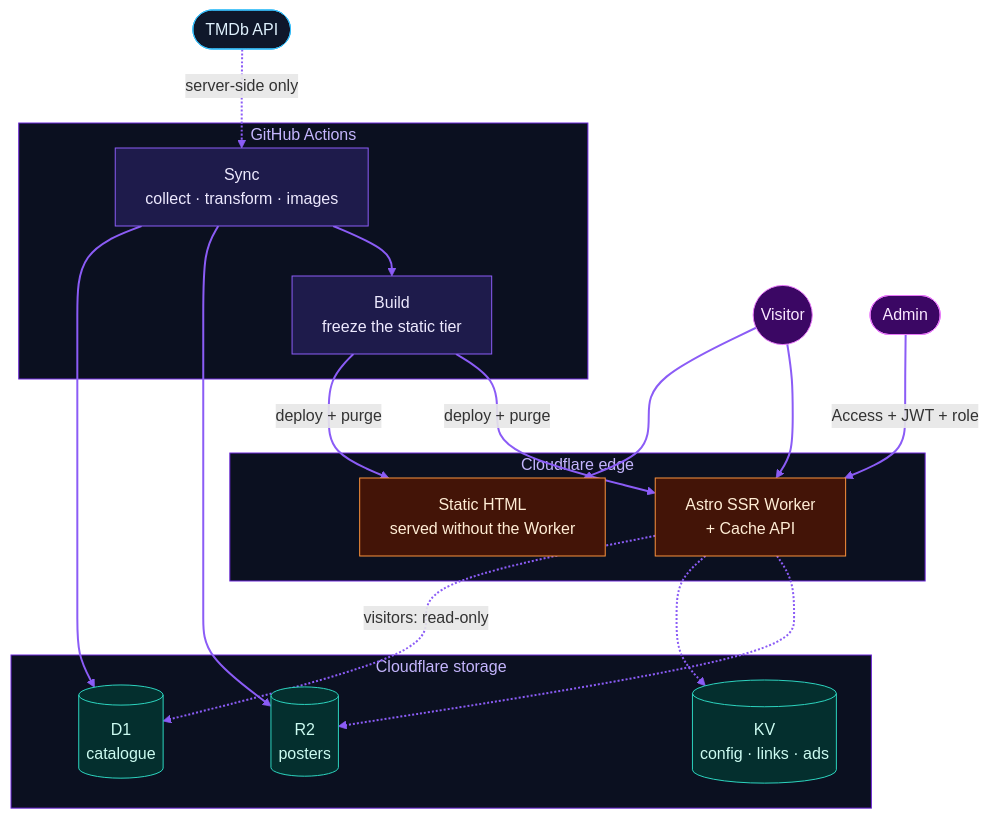
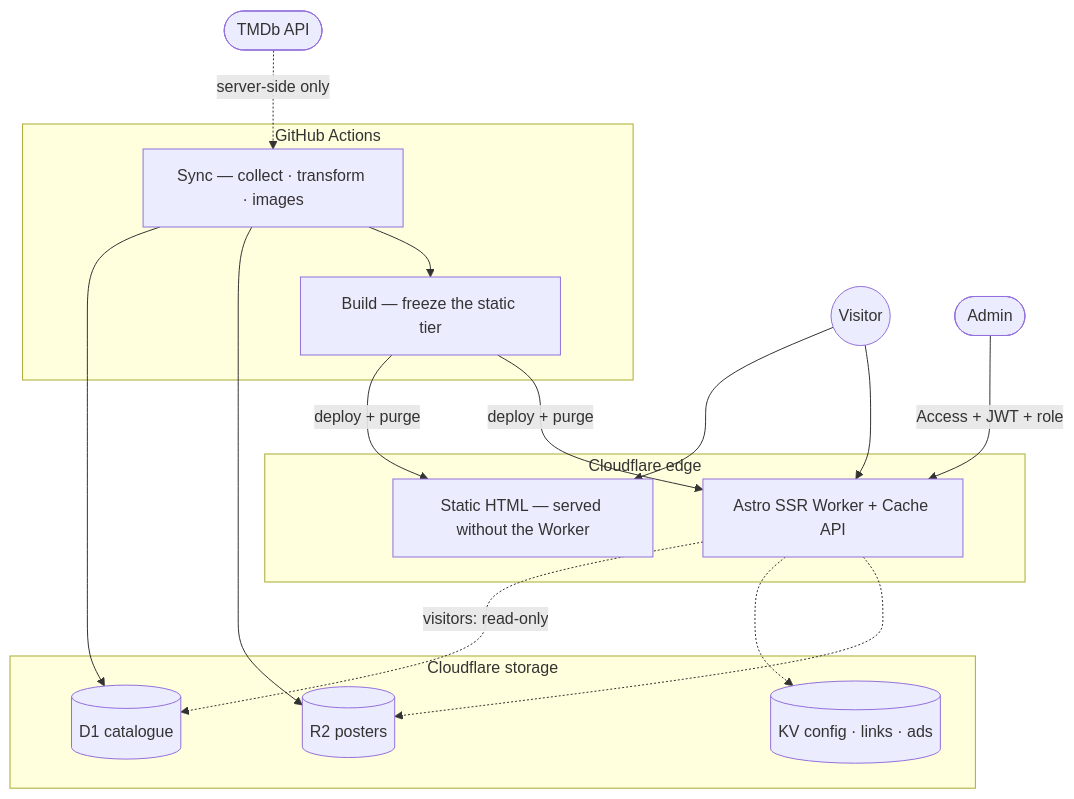
One commit to SudiptoKumar/ScreenPeek changed the diagram in README.md. Above: the diagram before and after it, drawn with Mermaid. The commit also changed other lines of this file, not shown here.

````diff
--- a/README.md
+++ b/README.md
@@ -46,42 +70,27 @@
 ```mermaid
-%%{init: {"flowchart": {"curve": "basis"}}}%%
 flowchart TB
-    TMDB(["TMDb API"]):::ext
-    V(("Visitor")):::user
-    ADM(["Admin"]):::user
-
+    TMDB(["TMDb API"])
+    V(("Visitor"))
+    ADM(["Admin"])
     subgraph GH["GitHub Actions"]
-        SYNC["Sync<br/>collect · transform · images"]:::job
-        BUILD["Build<br/>freeze the static tier"]:::job
+        SYNC["Sync — collect · transform · images"]
+        BUILD["Build — freeze the static tier"]
     end
-
     subgraph EDGE["Cloudflare edge"]
-        STATIC["Static HTML<br/>served without the Worker"]:::serve
-        SSR["Astro SSR Worker<br/>+ Cache API"]:::serve
+        STATIC["Static HTML — served without the Worker"]
+        SSR["Astro SSR Worker + Cache API"]
     end
-
     subgraph DATA["Cloudflare storage"]
-        D1[("D1<br/>catalogue")]:::store
-        KV[("KV<br/>config · links · ads")]:::store
-        R2[("R2<br/>posters")]:::store
+        D1[("D1 catalogue")]
+        KV[("KV config · links · ads")]
+        R2[("R2 posters")]
     end
-
-    TMDB -.->|"server-side only"| SYNC
+    TMDB -.->|server-side only| SYNC
     SYNC --> D1 & R2
     SYNC --> BUILD
-    BUILD -->|"deploy + purge"| STATIC & SSR
+    BUILD -->|deploy + purge| STATIC & SSR
     V --> STATIC & SSR
-    ADM -->|"Access + JWT + role"| SSR
-    SSR -.->|"visitors: read-only"| D1
+    ADM -->|Access + JWT + role| SSR
+    SSR -.->|visitors: read-only| D1
     SSR -.-> KV & R2
-
-    classDef ext fill:#0F172A,stroke:#38BDF8,color:#E0F2FE
-    classDef job fill:#1E1B4B,stroke:#8B5CF6,color:#EDE9FE
-    classDef serve fill:#431407,stroke:#FB923C,color:#FFEDD5
-    classDef store fill:#042F2E,stroke:#2DD4BF,color:#CCFBF1
-    classDef user fill:#3B0764,stroke:#E879F9,color:#FAE8FF
-    style GH fill:#0B1020,stroke:#6D28D9,color:#C4B5FD
-    style EDGE fill:#0B1020,stroke:#6D28D9,color:#C4B5FD
-    style DATA fill:#0B1020,stroke:#6D28D9,color:#C4B5FD
-    linkStyle default stroke:#8B5CF6,stroke-width:2px
 ```
````
